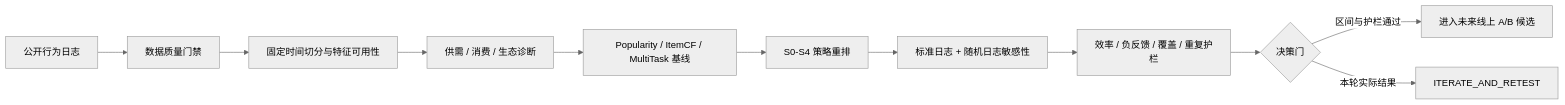
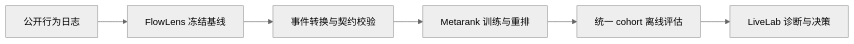
The diagram in README.md (athenazhang-junzi/FlowLens-RankLab), drawn with Mermaid (neutral theme) before and after one commit. The commit also changed other lines of this file and 80 other files, not shown here.

````diff
--- a/README.md
+++ b/README.md
@@ -52,13 +15,8 @@
 ```mermaid
 flowchart LR
-    A[公开行为日志] --> B[数据质量门禁]
-    B --> C[固定时间切分与特征可用性]
-    C --> D[供需 / 消费 / 生态诊断]
-    D --> E[Popularity / ItemCF / MultiTask 基线]
-    E --> F[S0-S4 策略重排]
-    F --> G[标准日志 + 随机日志敏感性]
-    G --> H[效率 / 负反馈 / 覆盖 / 重复护栏]
-    H --> I{决策门}
-    I -->|区间与护栏通过| J[进入未来线上 A/B 候选]
-    I -->|本轮实际结果| K[ITERATE_AND_RETEST]
+    A[公开行为日志] --> B[FlowLens 冻结基线]
+    B --> C[事件转换与契约校验]
+    C --> D[Metarank 训练与重排]
+    D --> E[统一 cohort 离线评估]
+    E --> F[LiveLab 诊断与决策]
 ```
````
